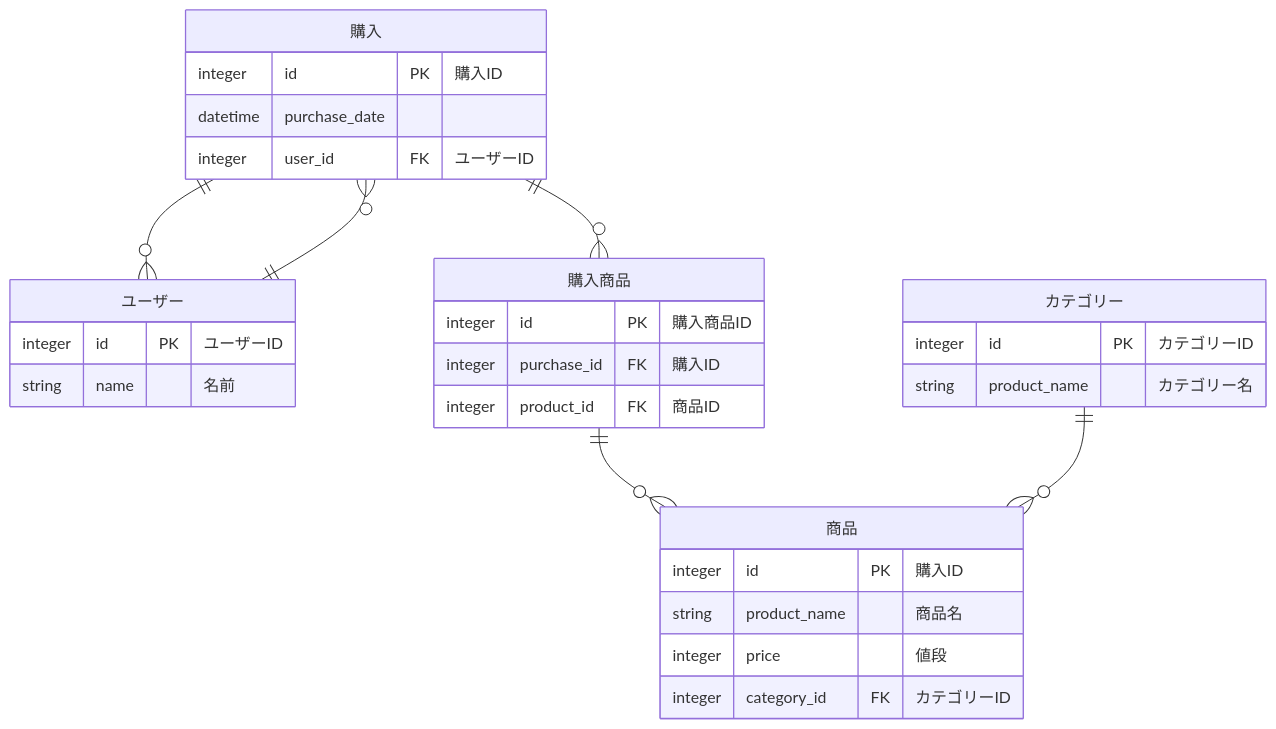
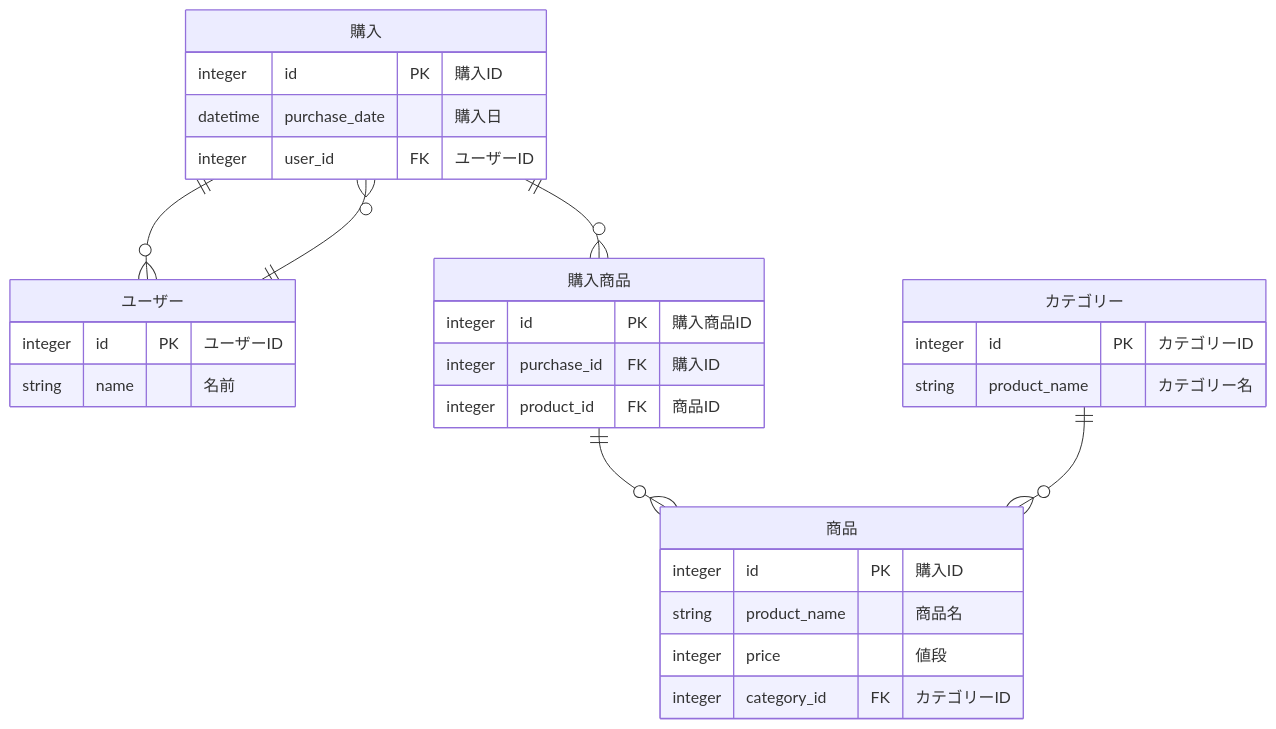
Before and after one commit to shuntaron/apprentice: the diagram in week5-6/02_quest/20_ER_DIAGRAM/README.md, drawn with Mermaid.

Commit message:
Update week5-6 20_ER_DIAGRAM STEP1

````diff
--- a/week5-6/02_quest/20_ER_DIAGRAM/README.md
+++ b/week5-6/02_quest/20_ER_DIAGRAM/README.md
@@ -56,37 +56,37 @@
 ```mermaid
 erDiagram
   "購入"        ||--o{ "ユーザー": ""
   "購入"        ||--o{ "購入商品": ""
   "ユーザー"    ||--o{ "購入": ""
   "購入商品"    ||--o{ "商品": ""
   "カテゴリー"   ||--o{ "商品": ""
 
   "購入" {
     integer   id             PK  "購入ID"
-    datetime  purchase_date    
+    datetime  purchase_date      "購入日"
     integer   user_id        FK  "ユーザーID"
   }
   
   "ユーザー" {
     integer   id             PK  "ユーザーID"
     string    name               "名前"
   }
 
   "購入商品" {
     integer   id             PK  "購入商品ID"
     integer   purchase_id    FK  "購入ID"
     integer   product_id     FK  "商品ID"
   }
 
   "商品" {
     integer   id             PK  "購入ID"
     string    product_name       "商品名"
     integer   price              "値段"
     integer   category_id    FK  "カテゴリーID"
   }
 
   "カテゴリー" {
     integer   id             PK  "カテゴリーID"
     string    product_name       "カテゴリー名"
   }
 ```
````
